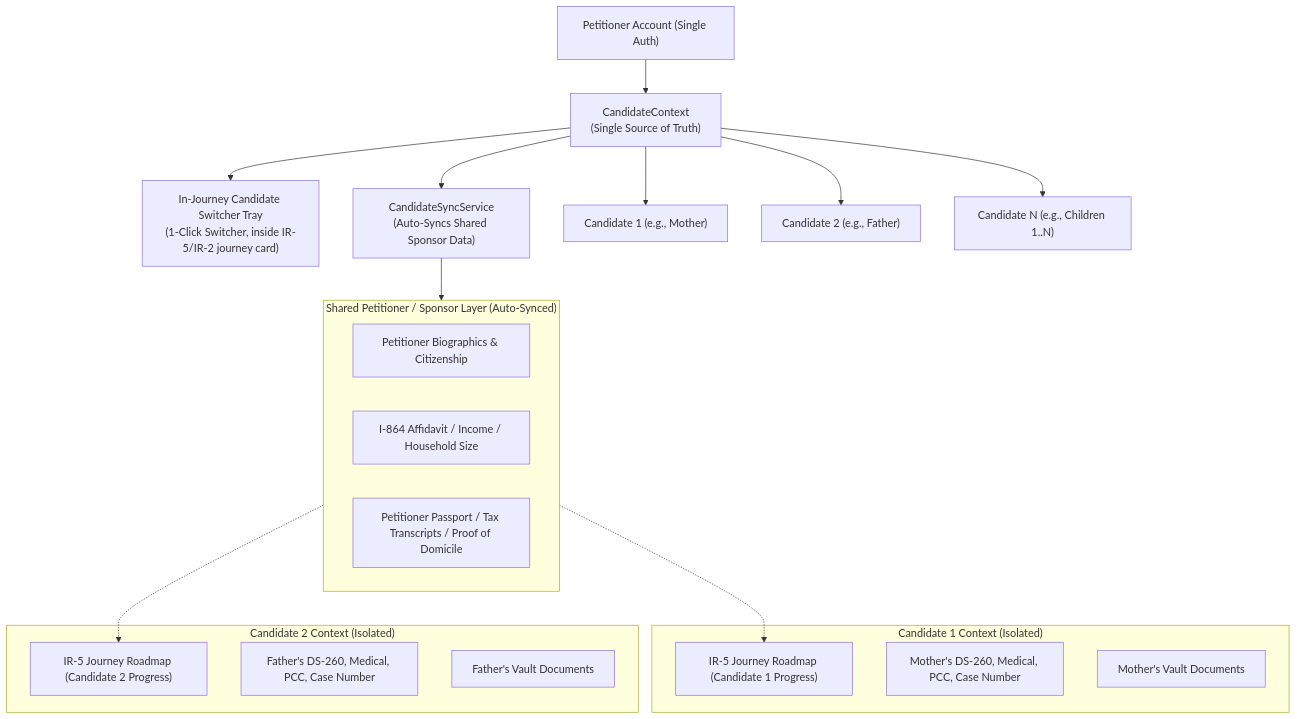
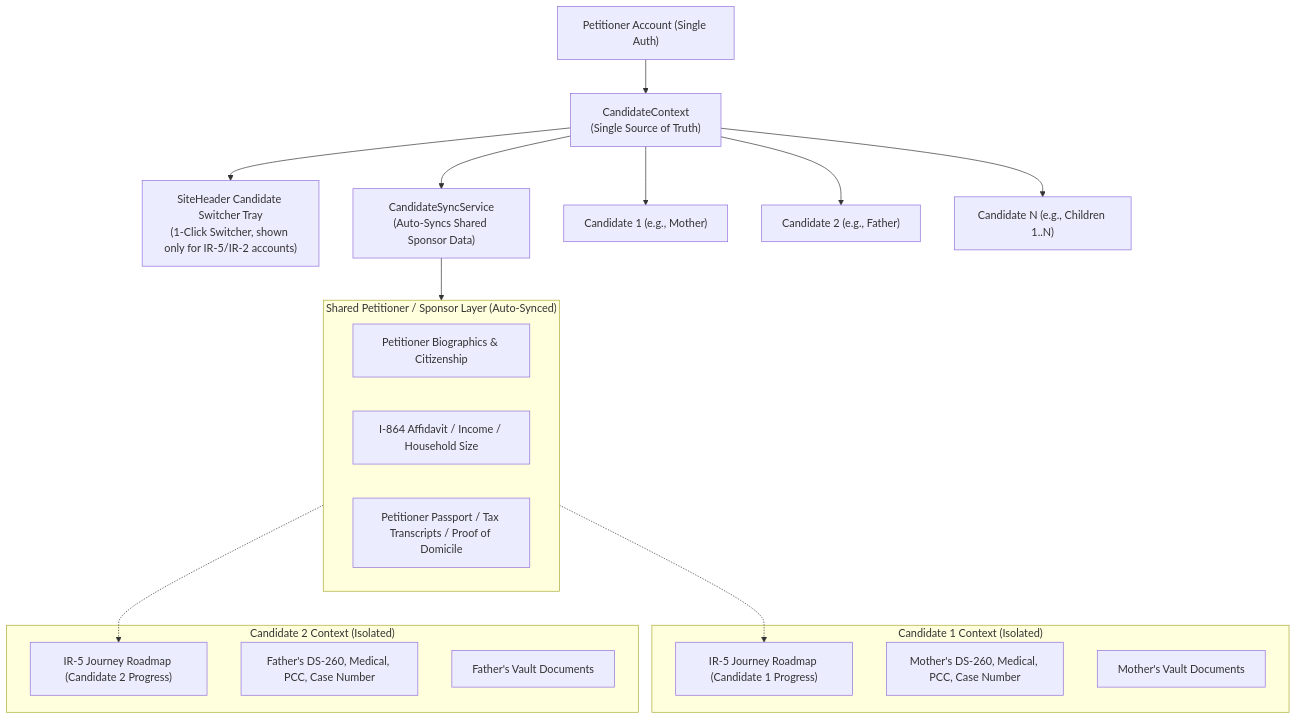
The diagram in docs/multi-candidate-desciption.md (SharjeelLaeeq527/Rahvana), drawn with Mermaid before and after one commit. The commit also changed other lines of this file and 11 other files, not shown here.

````diff
--- a/docs/multi-candidate-desciption.md
+++ b/docs/multi-candidate-desciption.md
@@ -20,33 +20,33 @@
 ```mermaid
 graph TD
     User["Petitioner Account (Single Auth)"] --> CandidateCtx["CandidateContext<br/>(Single Source of Truth)"]
     
-    CandidateCtx --> HeaderTray["In-Journey Candidate Switcher Tray<br/>(1-Click Switcher, inside IR-5/IR-2 journey card)"]
+    CandidateCtx --> HeaderTray["SiteHeader Candidate Switcher Tray<br/>(1-Click Switcher, shown only for IR-5/IR-2 accounts)"]
     CandidateCtx --> SyncService["CandidateSyncService<br/>(Auto-Syncs Shared Sponsor Data)"]
     
     CandidateCtx --> C1["Candidate 1 (e.g., Mother)"]
     CandidateCtx --> C2["Candidate 2 (e.g., Father)"]
     CandidateCtx --> CN["Candidate N (e.g., Children 1..N)"]
 
     subgraph SharedData ["Shared Petitioner / Sponsor Layer (Auto-Synced)"]
         SponsorBio["Petitioner Biographics & Citizenship"]
         Affidavit["I-864 Affidavit / Income / Household Size"]
         SharedDocs["Petitioner Passport / Tax Transcripts / Proof of Domicile"]
     end
 
     subgraph C1Data ["Candidate 1 Context (Isolated)"]
         J1["IR-5 Journey Roadmap (Candidate 1 Progress)"]
         T1["Mother's DS-260, Medical, PCC, Case Number"]
         V1["Mother's Vault Documents"]
     end
 
     subgraph C2Data ["Candidate 2 Context (Isolated)"]
         J2["IR-5 Journey Roadmap (Candidate 2 Progress)"]
         T2["Father's DS-260, Medical, PCC, Case Number"]
         V2["Father's Vault Documents"]
     end
 
     SyncService --> SharedData
     SharedData -.-> J1
     SharedData -.-> J2
 ```
````
